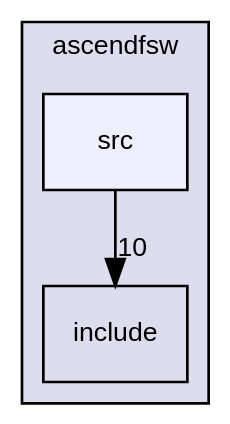
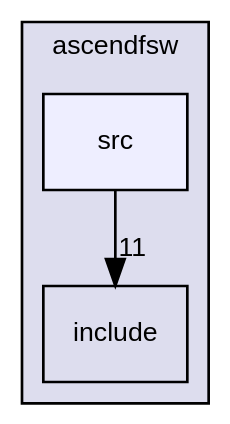
The diagram in docs/dir_d7d498d630d77a78877888d5961eb9e9_dep.dot (ASU-ASCEND/Fall-2024), drawn with Graphviz before and after one commit. The commit also changed 78 other files, not shown here.

```diff
--- a/docs/dir_d7d498d630d77a78877888d5961eb9e9_dep.dot
+++ b/docs/dir_d7d498d630d77a78877888d5961eb9e9_dep.dot
@@ -1,12 +1,12 @@
 digraph "/home/runner/work/Fall-2024/Fall-2024/ascendfsw/src" {
   bgcolor=transparent;
   compound=true
   node [ fontsize="10", fontname="Helvetica"];
   edge [ labelfontsize="10", labelfontname="Helvetica"];
   subgraph clusterdir_ff455c5362987bedc71331f2f73f324a {
     graph [ bgcolor="#ddddee", pencolor="black", label="ascendfsw" fontname="Helvetica", fontsize="10", URL="dir_ff455c5362987bedc71331f2f73f324a.html"]
   dir_598cc9471c9d54adc06440bf1ece3782 [shape=box label="include" URL="dir_598cc9471c9d54adc06440bf1ece3782.html"];
   dir_d7d498d630d77a78877888d5961eb9e9 [shape=box, label="src", style="filled", fillcolor="#eeeeff", pencolor="black", URL="dir_d7d498d630d77a78877888d5961eb9e9.html"];
   }
-  dir_d7d498d630d77a78877888d5961eb9e9->dir_598cc9471c9d54adc06440bf1ece3782 [headlabel="10", labeldistance=1.5 headhref="dir_000002_000001.html"];
+  dir_d7d498d630d77a78877888d5961eb9e9->dir_598cc9471c9d54adc06440bf1ece3782 [headlabel="11", labeldistance=1.5 headhref="dir_000002_000001.html"];
 }
```
